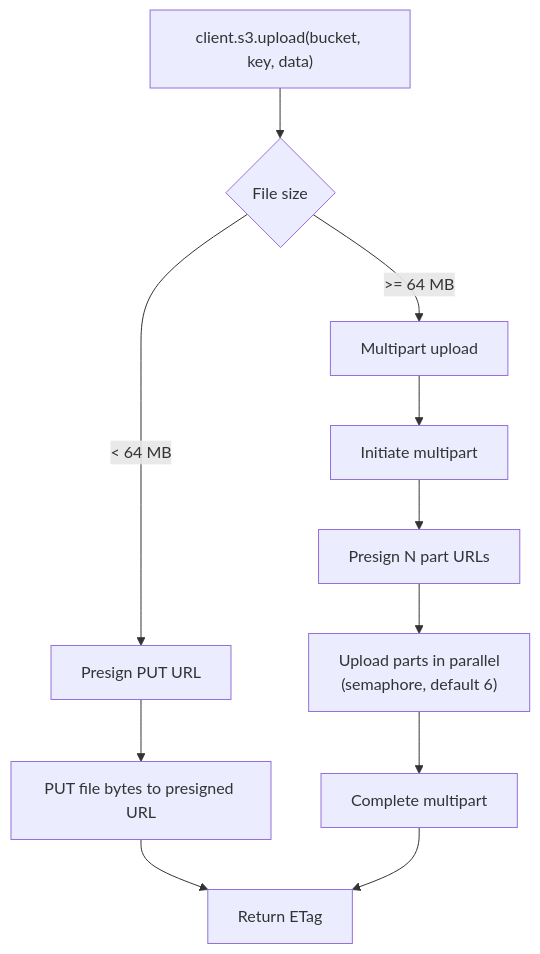
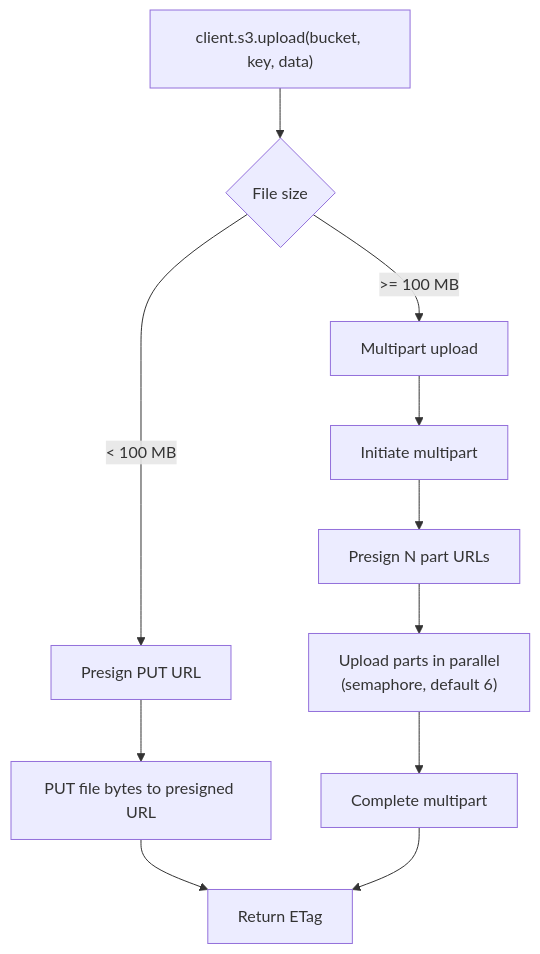
One commit to AI-Riksarkivet/ra-hcp changed the third of 7 diagrams in docs/sdk/index.md. Above: the diagram before and after it, drawn with Mermaid. The commit also changed other lines of this file, not shown here.

Commit message:
docs(sdk): update multipart defaults to 100 MB threshold, 64 MB chunks

````diff
--- a/docs/sdk/index.md
+++ b/docs/sdk/index.md
@@ -166,15 +166,15 @@
 ```mermaid
 flowchart TD
     START["client.s3.upload(bucket, key, data)"] --> SIZE{File size}
-    SIZE -->|"< 64 MB"| PRESIGN["Presign PUT URL"]
-    SIZE -->|">= 64 MB"| MULTI["Multipart upload"]
+    SIZE -->|"< 100 MB"| PRESIGN["Presign PUT URL"]
+    SIZE -->|">= 100 MB"| MULTI["Multipart upload"]
 
     PRESIGN --> PUT["PUT file bytes to presigned URL"]
     PUT --> ETAG["Return ETag"]
 
     MULTI --> INIT["Initiate multipart"]
     INIT --> PARTS["Presign N part URLs"]
     PARTS --> PARALLEL["Upload parts in parallel<br/>(semaphore, default 6)"]
     PARALLEL --> COMPLETE["Complete multipart"]
     COMPLETE --> ETAG
 ```
````
